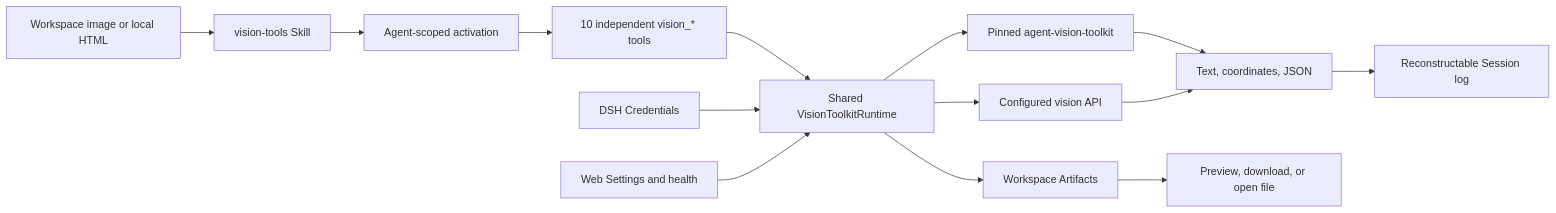
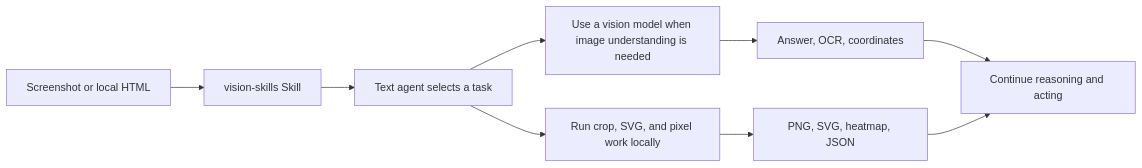
Before and after one commit to LoserFox/marisa-distro: the diagram in plugins/dsh-vision-toolkit/README.md, drawn with Mermaid. The commit also changed other lines of this file and 8826 other files, not shown here.

````diff
--- a/plugins/dsh-vision-toolkit/README.md
+++ b/plugins/dsh-vision-toolkit/README.md
@@ -103,16 +205,11 @@
 ```mermaid
 flowchart LR
-    User["Workspace image or local HTML"] --> Skill["vision-tools Skill"]
-    Skill --> Activate["Agent-scoped activation"]
-    Activate --> Tools["10 independent vision_* tools"]
-    Tools --> Runtime["Shared VisionToolkitRuntime"]
-    Credentials["DSH Credentials"] --> Runtime
-    Settings["Web Settings and health"] --> Runtime
-    Runtime --> Upstream["Pinned agent-vision-toolkit"]
-    Runtime --> Remote["Configured vision API"]
-    Upstream --> Result["Text, coordinates, JSON"]
-    Remote --> Result
-    Runtime --> Artifacts["Workspace Artifacts"]
-    Result --> Session["Reconstructable Session log"]
-    Artifacts --> Web["Preview, download, or open file"]
+    Image["Screenshot or local HTML"] --> Skill["vision-skills Skill"]
+    Skill --> Agent["Text agent selects a task"]
+    Agent --> Vision["Use a vision model when image understanding is needed"]
+    Agent --> Local["Run crop, SVG, and pixel work locally"]
+    Vision --> Result["Answer, OCR, coordinates"]
+    Local --> Artifact["PNG, SVG, heatmap, JSON"]
+    Result --> Session["Continue reasoning and acting"]
+    Artifact --> Session
 ```
````
